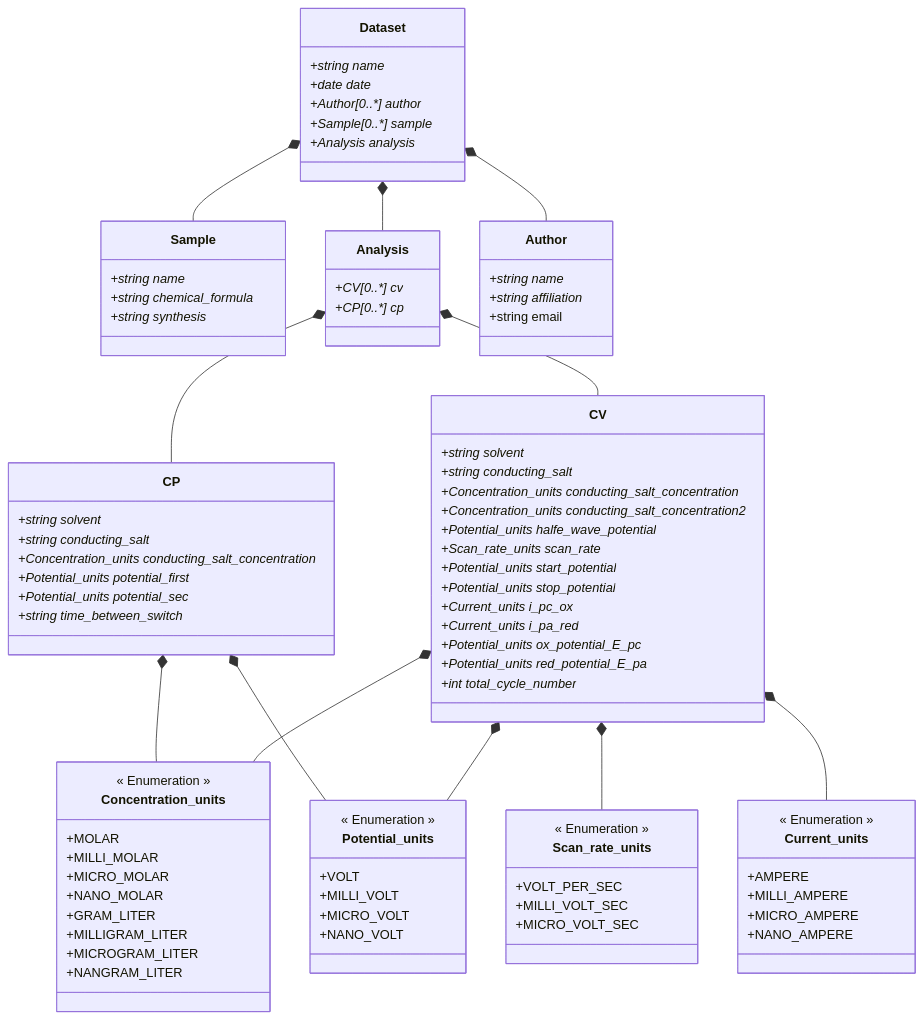
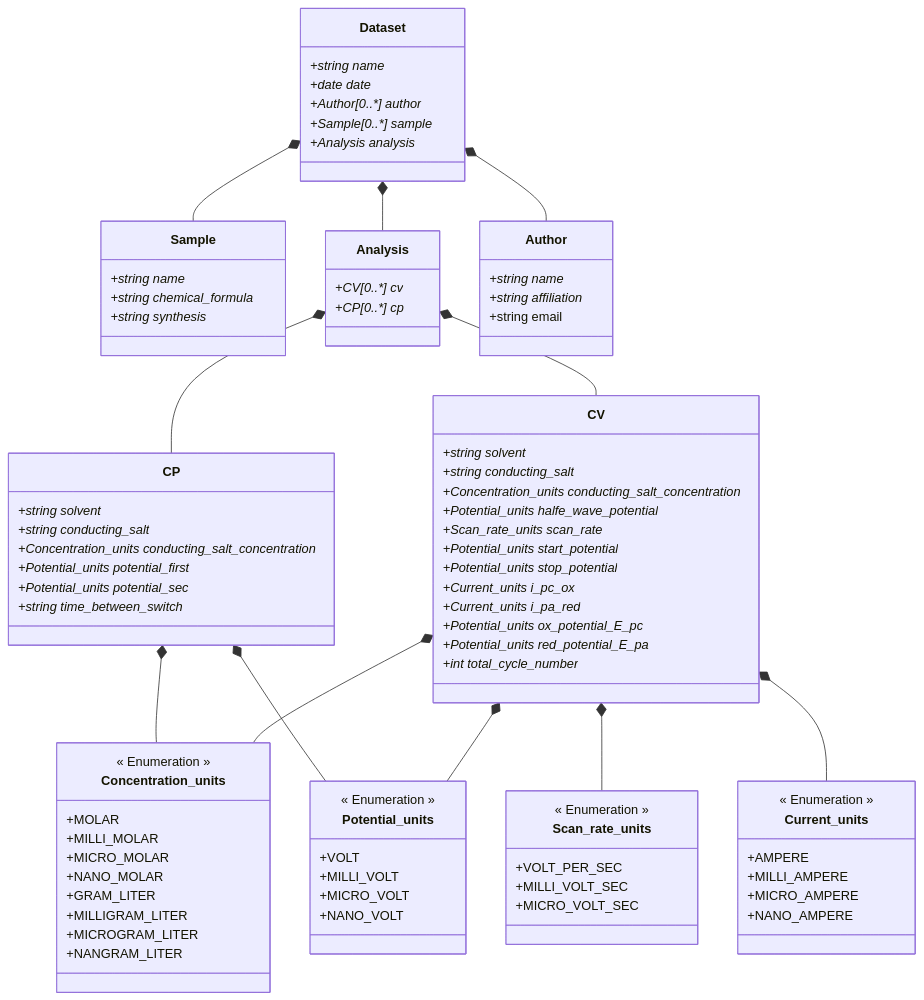
One commit to FAIRChemistry/datamodel-electrochemistry changed the diagram in ElectrochemistryDataModel/schemes/electrochemistrydatamodel_schema.md. Above: the diagram before and after it, drawn with Mermaid. The commit also changed 7 other files, not shown here.

```diff
--- a/ElectrochemistryDataModel/schemes/electrochemistrydatamodel_schema.md
+++ b/ElectrochemistryDataModel/schemes/electrochemistrydatamodel_schema.md
@@ -44,7 +44,6 @@
         +string solvent*
         +string conducting_salt*
         +Concentration_units conducting_salt_concentration*
-        +Concentration_units conducting_salt_concentration2*
         +Potential_units halfe_wave_potential*
         +Scan_rate_units scan_rate*
         +Potential_units start_potential*
```
